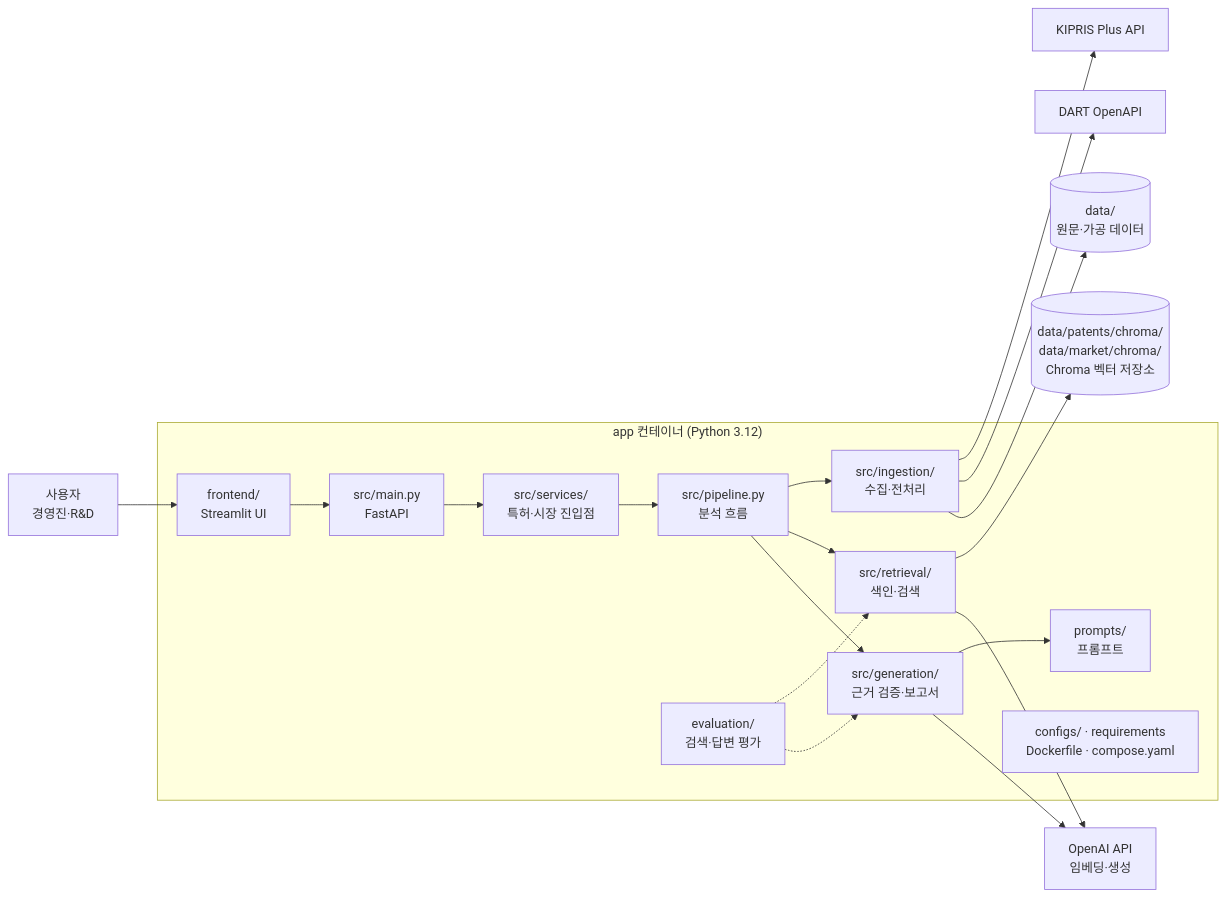
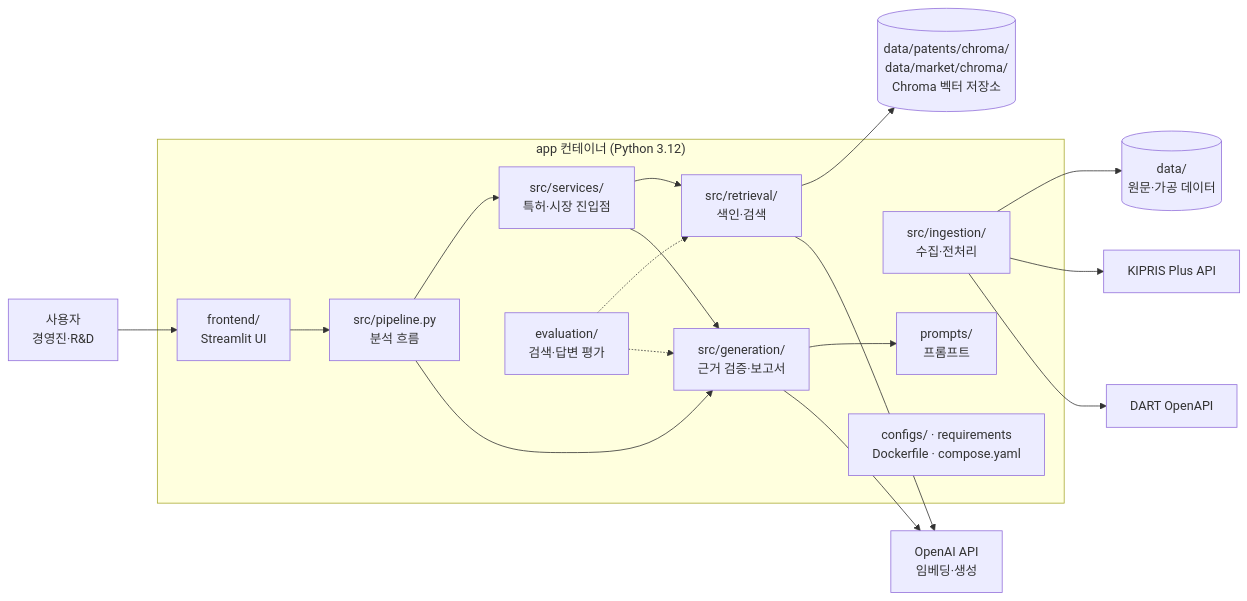
Before and after one commit to LG-CNS-RAG-Project1/LG-CNS-RAG-Project: the diagram in docs/architecture.md, drawn with Mermaid. The commit also changed other lines of this file and 34 other files, not shown here.

````diff
--- a/docs/architecture.md
+++ b/docs/architecture.md
@@ -12,65 +13,62 @@
 ```mermaid
 flowchart LR
   user["사용자<br/>경영진·R&D"]
 
   subgraph app["app 컨테이너 (Python 3.12)"]
     frontend["frontend/<br/>Streamlit UI"]
-    api["src/main.py<br/>FastAPI"]
     services["src/services/<br/>특허·시장 진입점"]
     pipeline["src/pipeline.py<br/>분석 흐름"]
     ingestion["src/ingestion/<br/>수집·전처리"]
     retrieval["src/retrieval/<br/>색인·검색"]
     generation["src/generation/<br/>근거 검증·보고서"]
     prompts["prompts/<br/>프롬프트"]
     evaluation["evaluation/<br/>검색·답변 평가"]
     runtime["configs/ · requirements<br/>Dockerfile · compose.yaml"]
   end
 
   chroma[("data/patents/chroma/<br/>data/market/chroma/<br/>Chroma 벡터 저장소")]
   datastore[("data/<br/>원문·가공 데이터")]
   kipris["KIPRIS Plus API"]
   dart["DART OpenAPI"]
   openai["OpenAI API<br/>임베딩·생성"]
 
   user --> frontend
-  frontend --> api
-  api --> services
-  services --> pipeline
-  pipeline --> ingestion
-  pipeline --> retrieval
+  frontend --> pipeline
+  pipeline --> services
   pipeline --> generation
+  services --> retrieval
+  services --> generation
+  ingestion --> datastore
   ingestion --> kipris
   ingestion --> dart
-  ingestion --> datastore
   retrieval --> chroma
   retrieval --> openai
   generation --> prompts
   generation --> openai
   evaluation -.-> retrieval
   evaluation -.-> generation
 
   %% map frontend/ frontend
-  %% map src/main.py api
   %% map src/services/ services
   %% map src/pipeline.py pipeline
   %% map src/schemas.py pipeline
   %% map src/ingestion/ ingestion
   %% map scripts/collect_patents.py ingestion
   %% map src/retrieval/ retrieval
   %% map scripts/build_patent_index.py retrieval
   %% map src/generation/ generation
   %% map prompts/ prompts
   %% map evaluation/ evaluation
   %% map configs/ runtime
   %% map Dockerfile runtime
   %% map compose.yaml runtime
   %% map scripts/idealens.py runtime
   %% map requirements.txt runtime
   %% map requirements-dev.txt runtime
   %% map requirements-ui.txt runtime
   %% ext import:chromadb chroma Chroma 벡터 저장소
   %% ext import:openai openai OpenAI API
   %% ext host:plus.kipris.or.kr kipris KIPRIS Plus API
   %% ext host:naverapihub.apigw.ntruss.com naver 네이버 뉴스 API
   %% ext host:opendart.fss.or.kr dart DART OpenAPI
 ```
````
